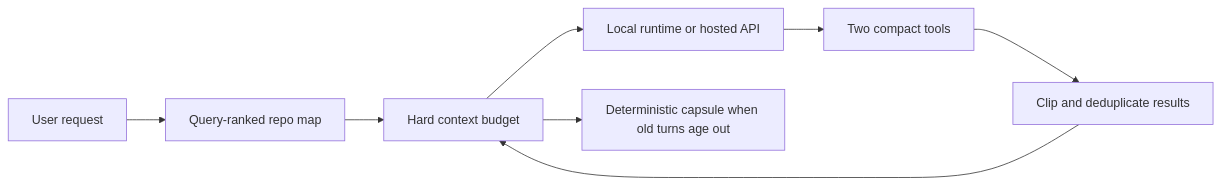
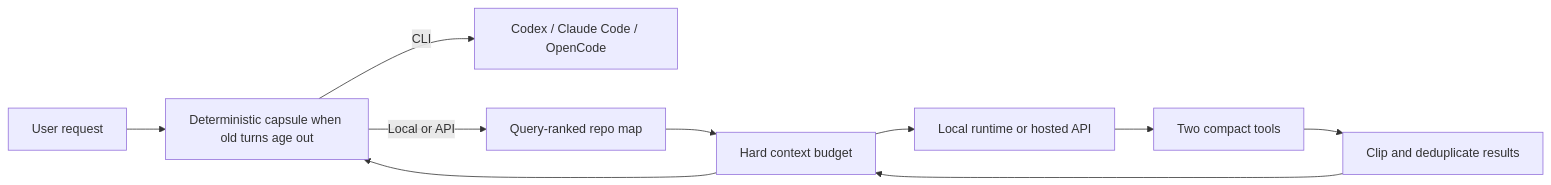
One commit to yuzu-ux/ycode changed the diagram in README.md. Above: the diagram before and after it, drawn with Mermaid. The commit also changed other lines of this file and 17 other files, not shown here.

````diff
--- a/README.md
+++ b/README.md
@@ -219,10 +282,12 @@
 ```mermaid
 flowchart LR
-    U["User request"] --> M["Query-ranked repo map"]
+    U["User request"] --> C{"Connection"}
+    C -->|"CLI"| E["Codex / Claude Code / OpenCode"]
+    C -->|"Local or API"| M["Query-ranked repo map"]
     M --> B["Hard context budget"]
     B --> P["Local runtime or hosted API"]
     P --> T["Two compact tools"]
     T --> D["Clip and deduplicate results"]
     D --> B
     B --> C["Deterministic capsule when old turns age out"]
 ```
````
